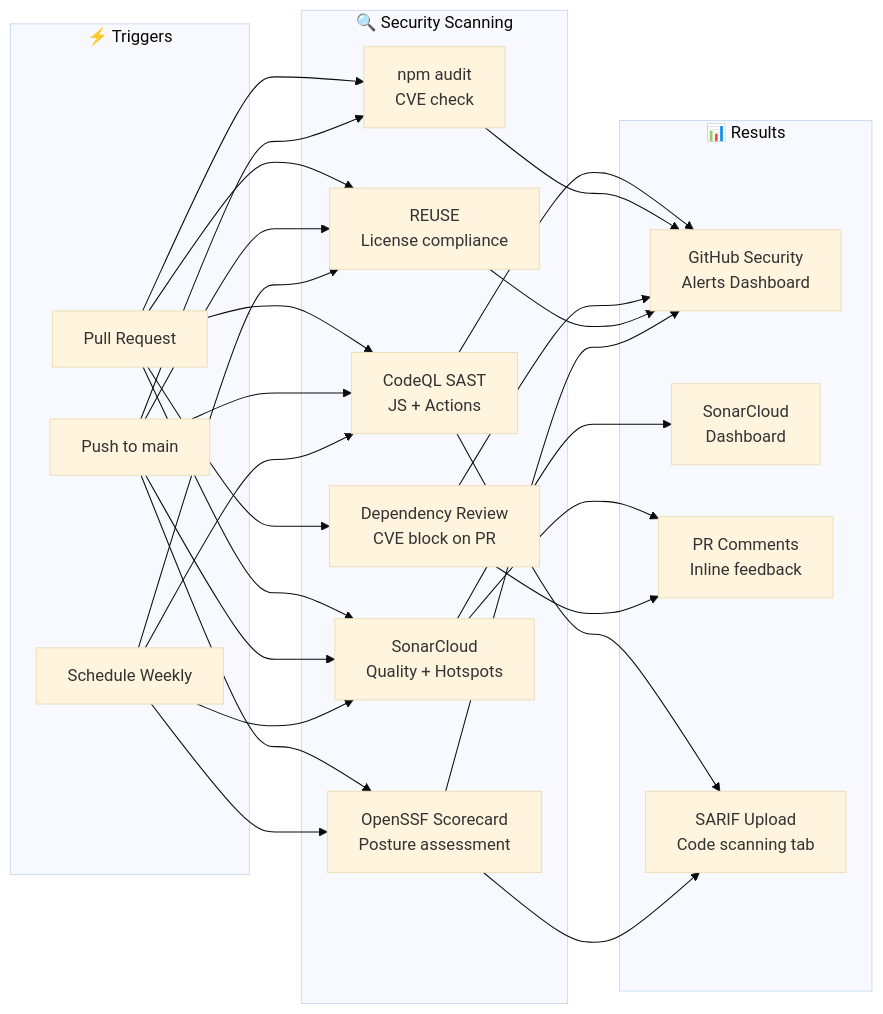
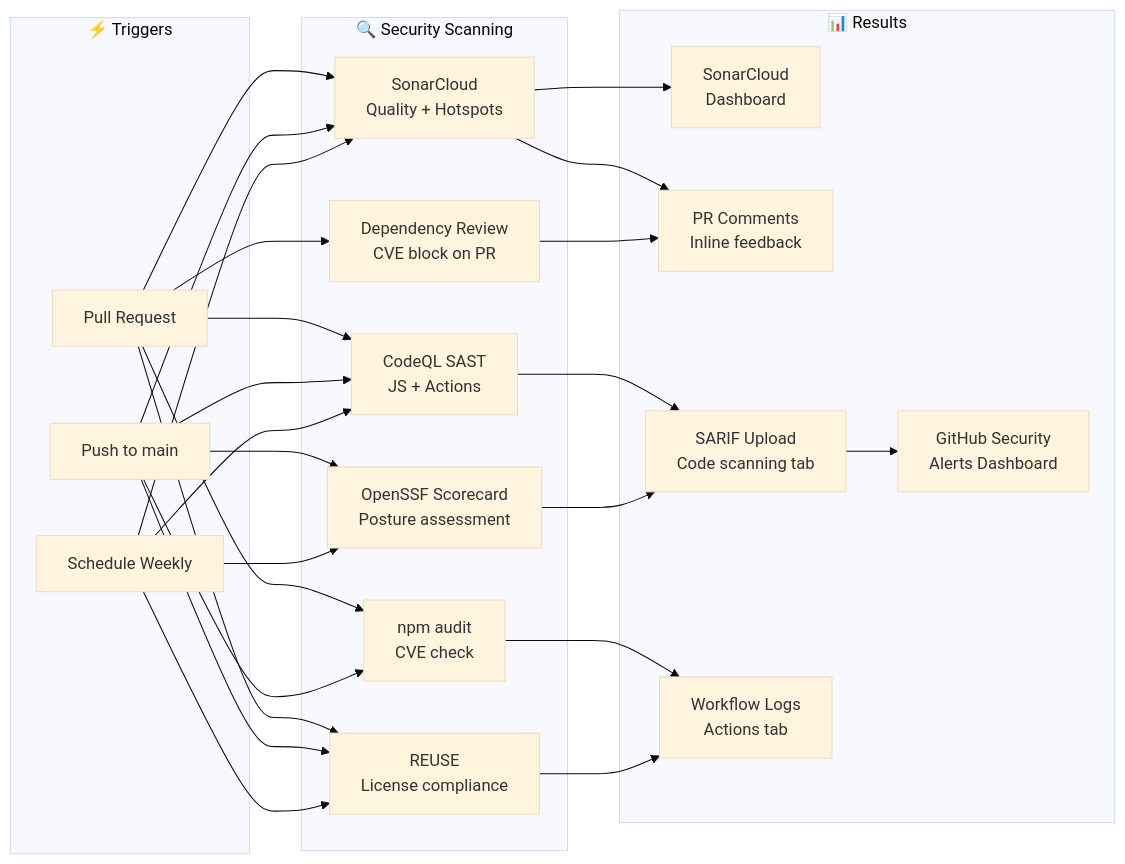
Before and after one commit to Hack23/euparliamentmonitor: the ninth of 12 diagrams in WORKFLOWS.md, drawn with Mermaid (base theme). The commit also changed other lines of this file, not shown here.

````diff
--- a/WORKFLOWS.md
+++ b/WORKFLOWS.md
@@ -687,35 +687,37 @@
 ```mermaid
 graph LR
     subgraph Triggers["⚡ Triggers"]
         PR[Pull Request]
         PS[Push to main]
         SC[Schedule Weekly]
     end
 
     subgraph Scanning["🔍 Security Scanning"]
         CQL[CodeQL SAST<br/>JS + Actions]
         SLD[SonarCloud<br/>Quality + Hotspots]
         NA[npm audit<br/>CVE check]
         DR[Dependency Review<br/>CVE block on PR]
         RL[REUSE<br/>License compliance]
         SC2[OpenSSF Scorecard<br/>Posture assessment]
     end
 
     subgraph Output["📊 Results"]
         GH[GitHub Security<br/>Alerts Dashboard]
         SCL[SonarCloud<br/>Dashboard]
         PRC[PR Comments<br/>Inline feedback]
         SAR[SARIF Upload<br/>Code scanning tab]
+        WL[Workflow Logs<br/>Actions tab]
     end
 
     PR --> CQL & SLD & NA & DR & RL
     PS --> CQL & SLD & NA & RL & SC2
     SC --> CQL & SLD & RL & SC2
 
-    CQL --> GH & SAR
+    CQL --> SAR
     SLD --> SCL & PRC
-    NA --> GH
-    DR --> PRC & GH
-    RL --> GH
-    SC2 --> SAR & GH
+    NA --> WL
+    DR --> PRC
+    RL --> WL
+    SC2 --> SAR
+    SAR --> GH
 ```
````
